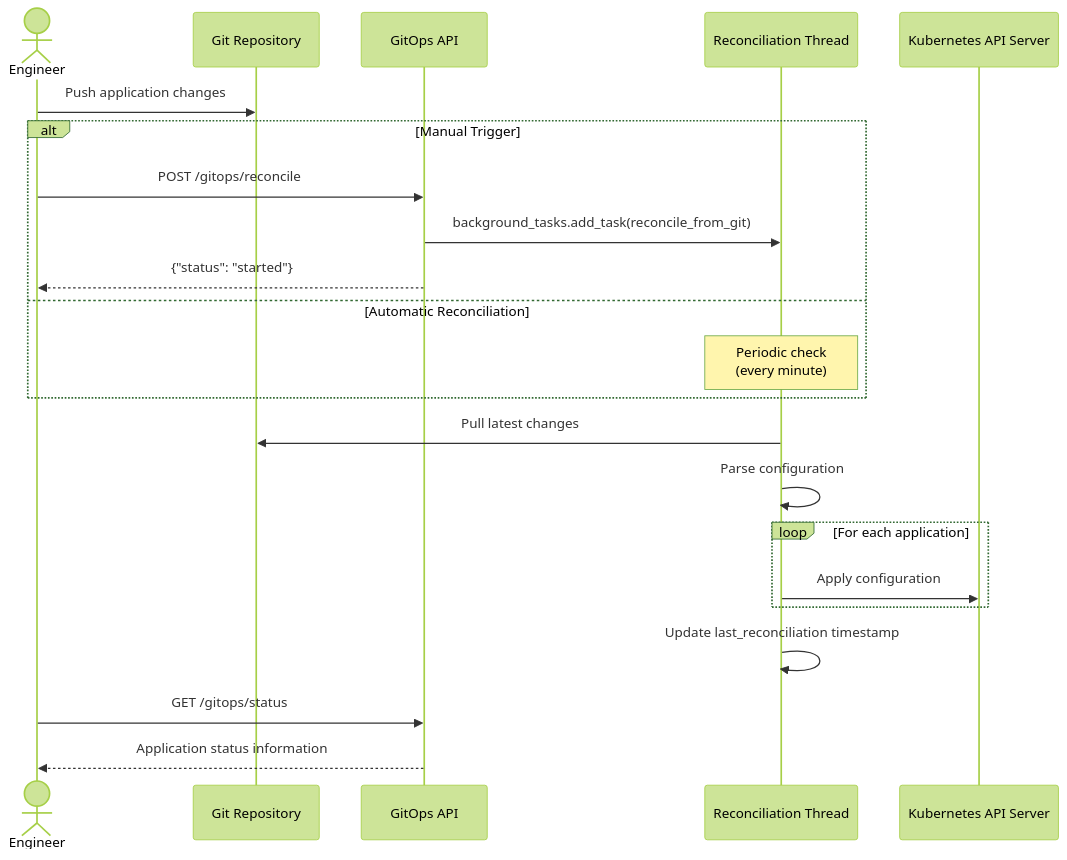
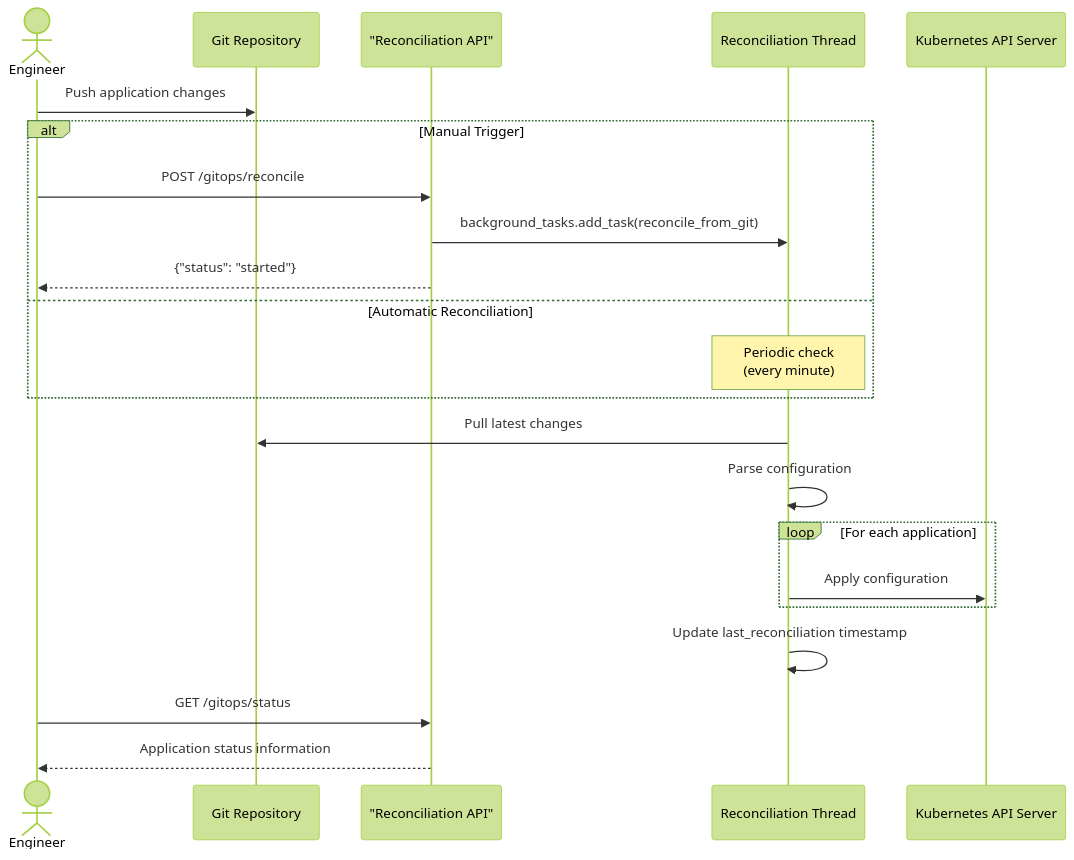
The second of 11 diagrams in README.md (lloydchang/tvp-k8s), drawn with Mermaid (forest theme) before and after one commit. The commit also changed other lines of this file and 5 other files, not shown here.

````diff
--- a/README.md
+++ b/README.md
@@ -362,30 +362,30 @@
 ```mermaid
 sequenceDiagram
     actor Eng as Engineer
     participant Git as Git Repository
-    participant GitOps as GitOps API
+    participant API as "Reconciliation API"
     participant Thread as Reconciliation Thread
     participant Kubernetes as Kubernetes API Server
     
     Eng->>Git: Push application changes
     
     alt Manual Trigger
-        Eng->>GitOps: POST /gitops/reconcile
-        GitOps->>Thread: background_tasks.add_task(reconcile_from_git)
-        GitOps-->>Eng: {"status": "started"}
+        Eng->>API: POST /gitops/reconcile
+        API->>Thread: background_tasks.add_task(reconcile_from_git)
+        API-->>Eng: {"status": "started"}
     else Automatic Reconciliation
         Note over Thread: Periodic check<br>(every minute)
     end
     
     Thread->>Git: Pull latest changes
     Thread->>Thread: Parse configuration
     
     loop For each application
         Thread->>Kubernetes: Apply configuration
     end
     
     Thread->>Thread: Update last_reconciliation timestamp
     
-    Eng->>GitOps: GET /gitops/status
-    GitOps-->>Eng: Application status information
+    Eng->>API: GET /gitops/status
+    API-->>Eng: Application status information
 ```
````
